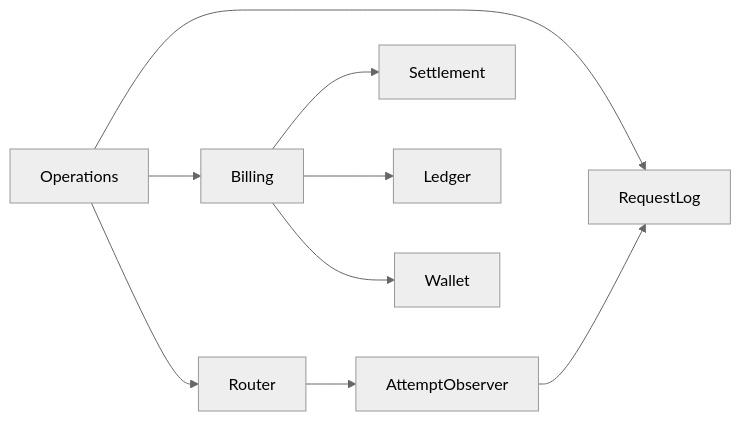
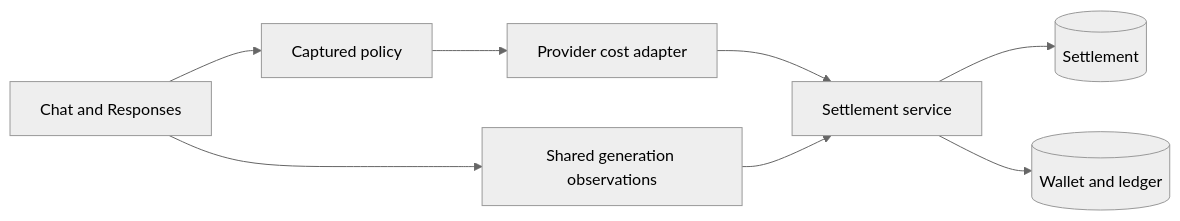
One commit to moeru-ai/airi changed the first of 2 diagrams in server/docs/ai/adr/2026-09-23-provider-cost-billing.md. Above: the diagram before and after it, drawn with Mermaid (neutral theme). The commit also changed other lines of this file and 25 other files, not shown here.

Commit message:
refactor(api): separate billing from request tracking

````diff
--- a/server/docs/ai/adr/2026-09-23-provider-cost-billing.md
+++ b/server/docs/ai/adr/2026-09-23-provider-cost-billing.md
@@ -33,11 +40,10 @@
 ```mermaid
 flowchart LR
-  Operations --> RequestLog
-  Operations --> Router
-  Router --> AttemptObserver
-  AttemptObserver --> RequestLog
-  Operations --> Billing
-  Billing --> Settlement
-  Billing --> Ledger
-  Billing --> Wallet
+  Routes[Chat and Responses] --> Policy[Captured policy]
+  Routes --> Evidence[Shared generation observations]
+  Policy --> Adapter[Provider cost adapter]
+  Adapter --> Billing[Settlement service]
+  Evidence --> Billing
+  Billing --> Settlement[(Settlement)]
+  Billing --> Wallet[(Wallet and ledger)]
 ```
````
